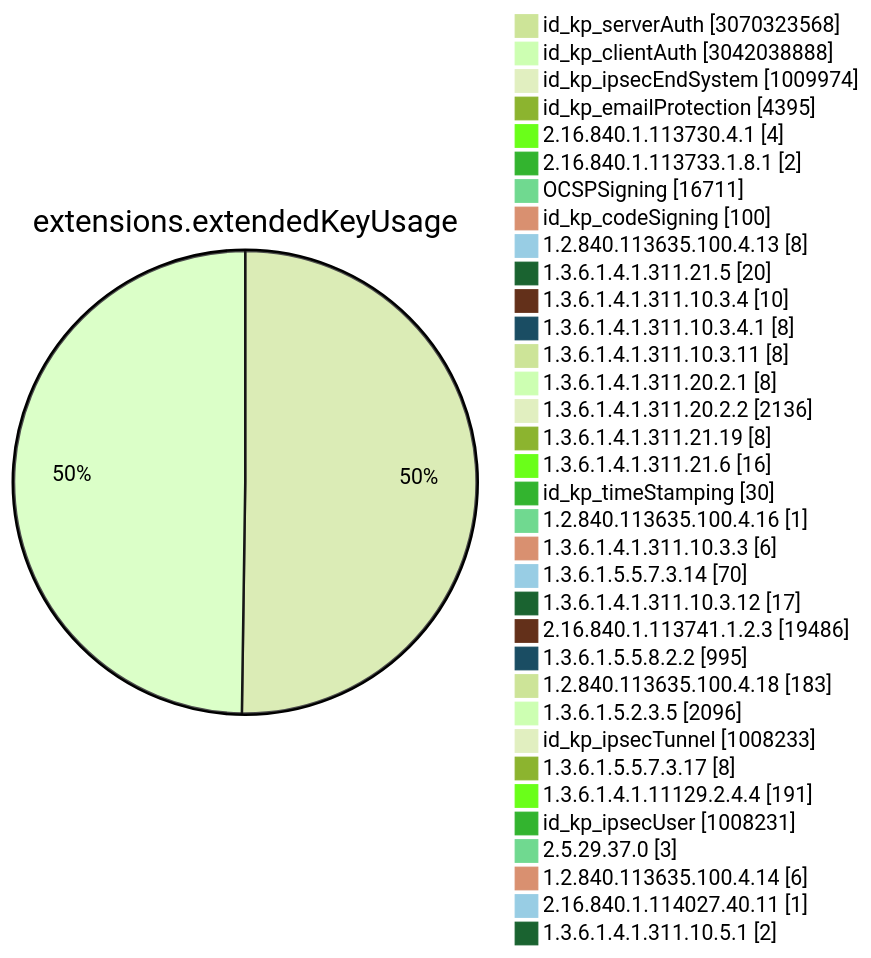
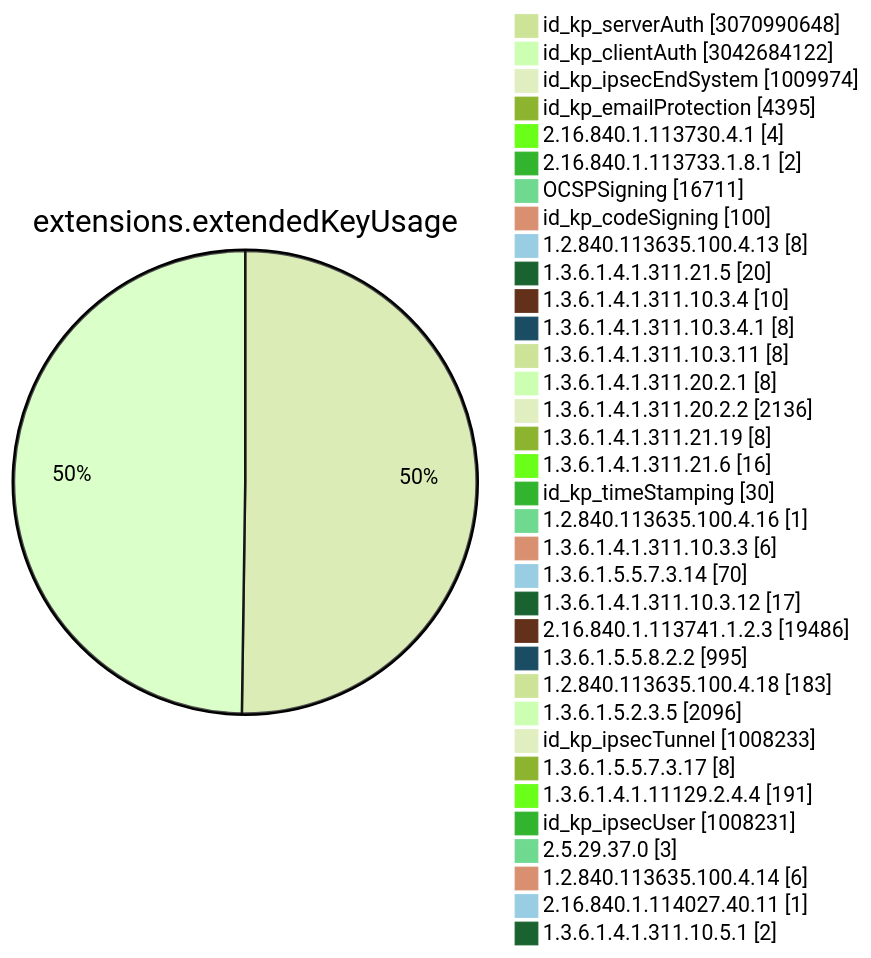
One commit to christiankrug/ctmonitor_visualization changed diagram 11 of 15 in TOTAL/README.md. Above: the diagram before and after it, drawn with Mermaid (forest theme). The commit also changed other lines of this file, not shown here.

````diff
--- a/TOTAL/README.md
+++ b/TOTAL/README.md
@@ -4119,38 +4119,38 @@
 ```mermaid
 pie showData
 title extensions.extendedKeyUsage
-"id_kp_serverAuth" :3070323568
-"id_kp_clientAuth" :3042038888
+"id_kp_serverAuth" :3070990648
+"id_kp_clientAuth" :3042684122
 "id_kp_ipsecEndSystem" :1009974
 "id_kp_emailProtection" :4395
 "2.16.840.1.113730.4.1" :4
 "2.16.840.1.113733.1.8.1" :2
 "OCSPSigning" :16711
 "id_kp_codeSigning" :100
 "1.2.840.113635.100.4.13" :8
 "1.3.6.1.4.1.311.21.5" :20
 "1.3.6.1.4.1.311.10.3.4" :10
 "1.3.6.1.4.1.311.10.3.4.1" :8
 "1.3.6.1.4.1.311.10.3.11" :8
 "1.3.6.1.4.1.311.20.2.1" :8
 "1.3.6.1.4.1.311.20.2.2" :2136
 "1.3.6.1.4.1.311.21.19" :8
 "1.3.6.1.4.1.311.21.6" :16
 "id_kp_timeStamping" :30
 "1.2.840.113635.100.4.16" :1
 "1.3.6.1.4.1.311.10.3.3" :6
 "1.3.6.1.5.5.7.3.14" :70
 "1.3.6.1.4.1.311.10.3.12" :17
 "2.16.840.1.113741.1.2.3" :19486
 "1.3.6.1.5.5.8.2.2" :995
 "1.2.840.113635.100.4.18" :183
 "1.3.6.1.5.2.3.5" :2096
 "id_kp_ipsecTunnel" :1008233
 "1.3.6.1.5.5.7.3.17" :8
 "1.3.6.1.4.1.11129.2.4.4" :191
 "id_kp_ipsecUser" :1008231
 "2.5.29.37.0" :3
 "1.2.840.113635.100.4.14" :6
 "2.16.840.1.114027.40.11" :1
 "1.3.6.1.4.1.311.10.5.1" :2
 ```
````
